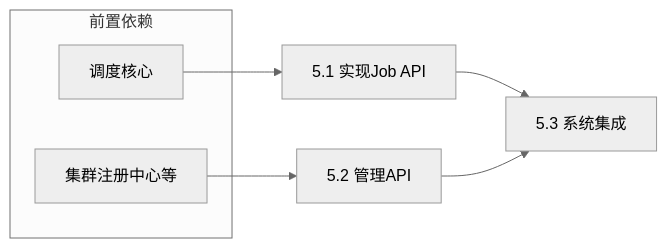
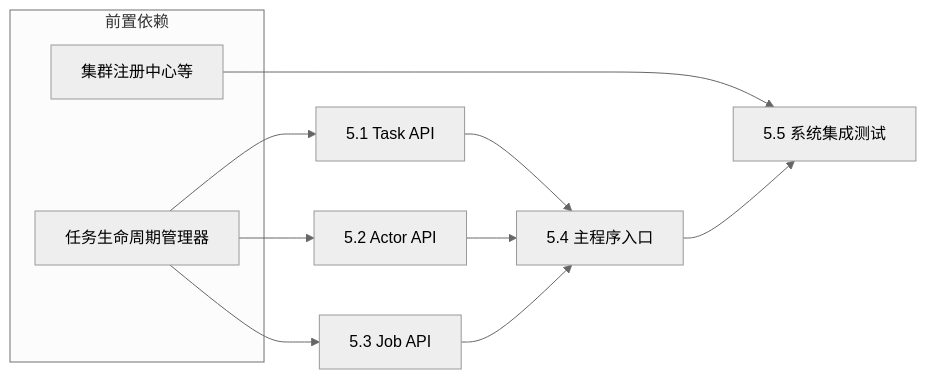
Before and after one commit to zorro-gridi/ray_multicluster_scheduler: the sixth of 6 diagrams in depOps.md, drawn with Mermaid (neutral theme). The commit also changed other lines of this file and 131 other files, not shown here.

````diff
--- a/depOps.md
+++ b/depOps.md
@@ -482,12 +709,16 @@
 ```mermaid
 flowchart LR
     subgraph PreReq [前置依赖]
-        P4[调度核心]
+        P4[任务生命周期管理器]
         P5[集群注册中心等]
     end
 
-    P4 --> A[5.1 实现Job API];
-    P5 --> B[5.2 管理API];
-    A --> C[5.3 系统集成];
-    B --> C;
+    P4 --> A;
+    P4 --> B;
+    P4 --> C;
+    A[5.1 Task API] --> D[5.4 主程序入口];
+    B[5.2 Actor API] --> D;
+    C[5.3 Job API] --> D;
+    P5 --> E[5.5 系统集成测试];
+    D --> E;
 ```
````
